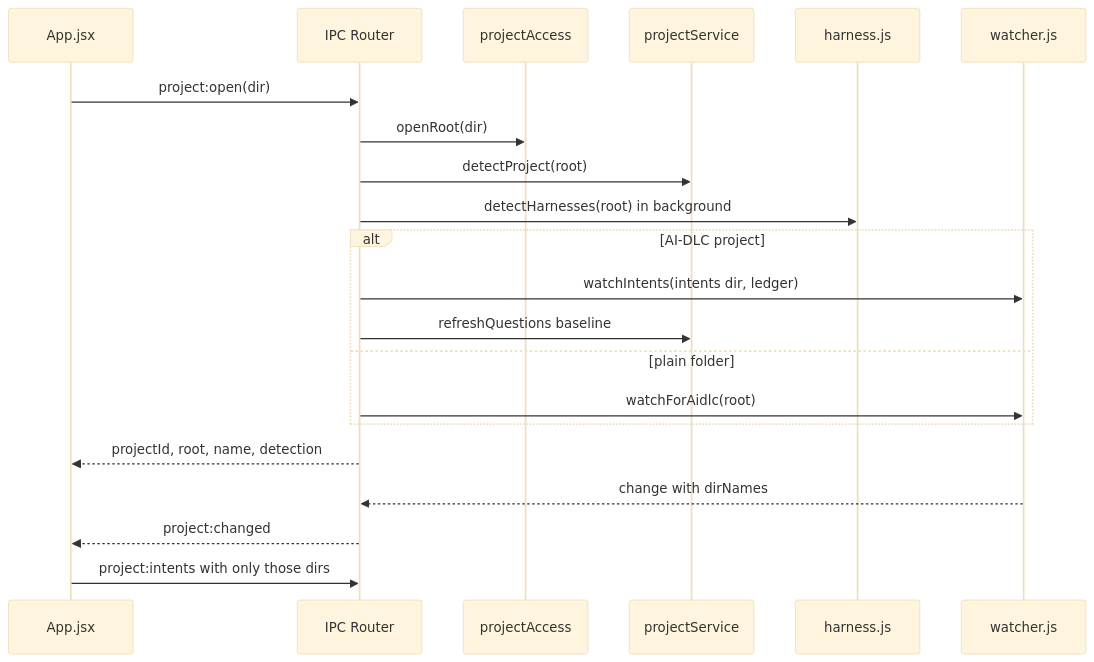
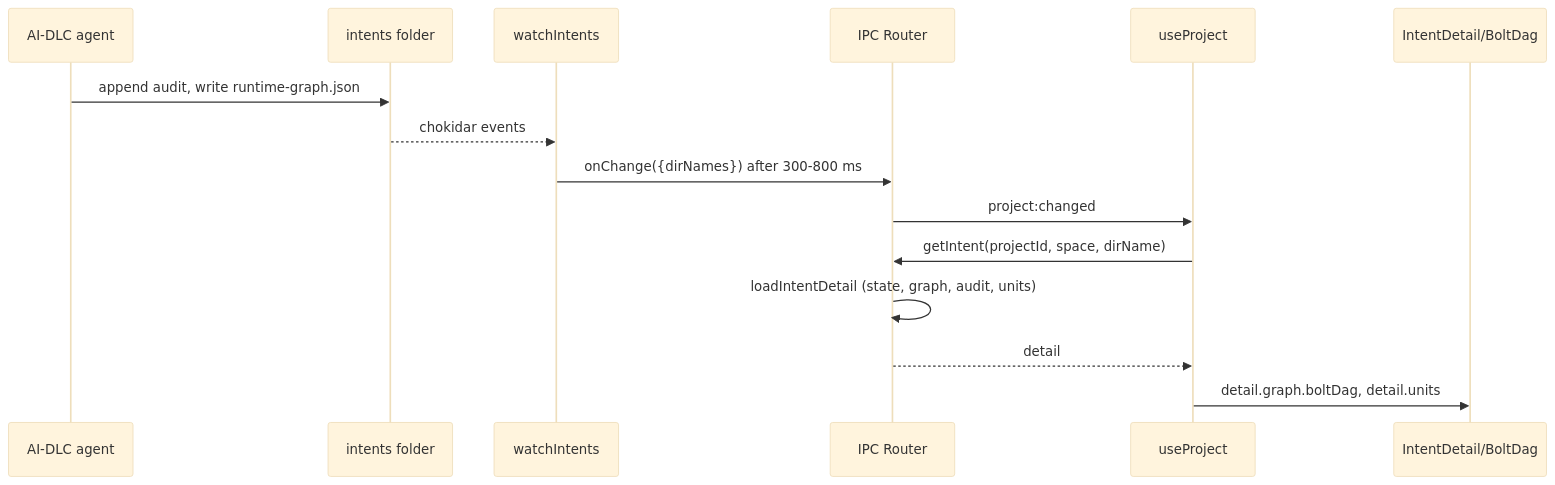
Before and after one commit to tochman/ai-dlc-thadeus: the second of 3 diagrams in aidlc/spaces/default/codekb/aidlc-dash/architecture.md, drawn with Mermaid (base theme). The commit also changed other lines of this file and 48 other files, not shown here.

````diff
--- a/aidlc/spaces/default/codekb/aidlc-dash/architecture.md
+++ b/aidlc/spaces/default/codekb/aidlc-dash/architecture.md
@@ -205,23 +92,17 @@
 ```mermaid
 sequenceDiagram
-  participant APP as App.jsx
+  participant AG as AI-DLC agent
+  participant FS as intents folder
+  participant W as watchIntents
   participant IPC as IPC Router
-  participant PA as projectAccess
-  participant PS as projectService
-  participant HD as harness.js
-  participant WA as watcher.js
-  APP->>IPC: project:open(dir)
-  IPC->>PA: openRoot(dir)
-  IPC->>PS: detectProject(root)
-  IPC->>HD: detectHarnesses(root) in background
-  alt AI-DLC project
-    IPC->>WA: watchIntents(intents dir, ledger)
-    IPC->>PS: refreshQuestions baseline
-  else plain folder
-    IPC->>WA: watchForAidlc(root)
-  end
-  IPC-->>APP: projectId, root, name, detection
-  WA-->>IPC: change with dirNames
-  IPC-->>APP: project:changed
-  APP->>IPC: project:intents with only those dirs
+  participant UP as useProject
+  participant ID as IntentDetail/BoltDag
+  AG->>FS: append audit, write runtime-graph.json
+  FS-->>W: chokidar events
+  W->>IPC: onChange({dirNames}) after 300-800 ms
+  IPC->>UP: project:changed
+  UP->>IPC: getIntent(projectId, space, dirName)
+  IPC->>IPC: loadIntentDetail (state, graph, audit, units)
+  IPC-->>UP: detail
+  UP->>ID: detail.graph.boltDag, detail.units
 ```
````
